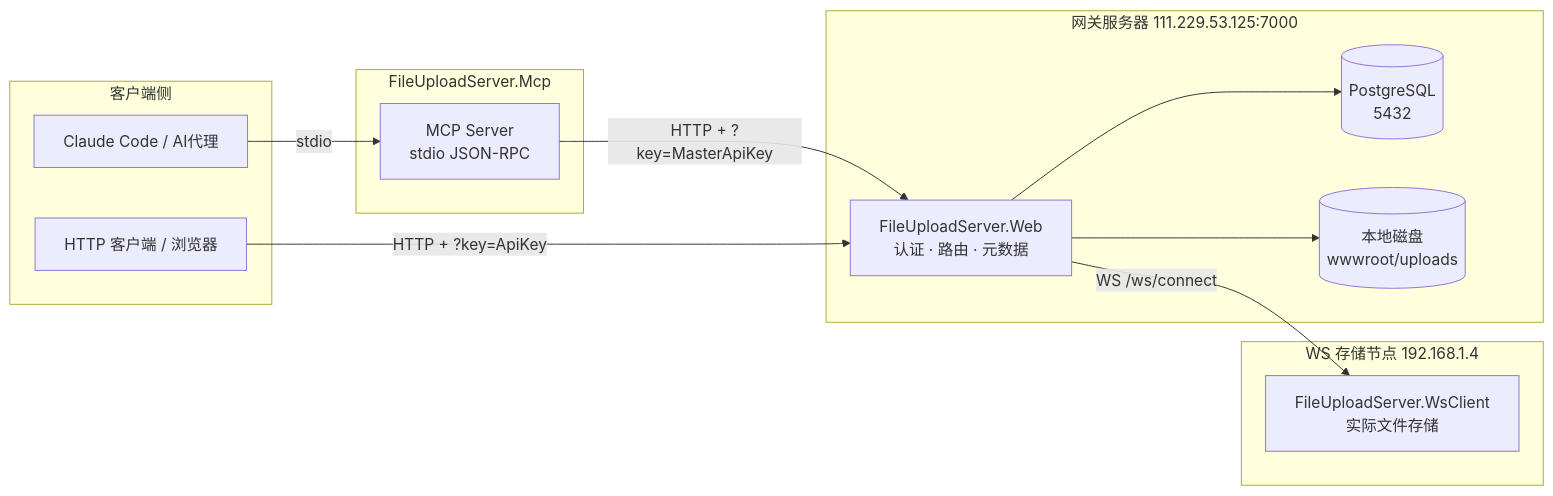
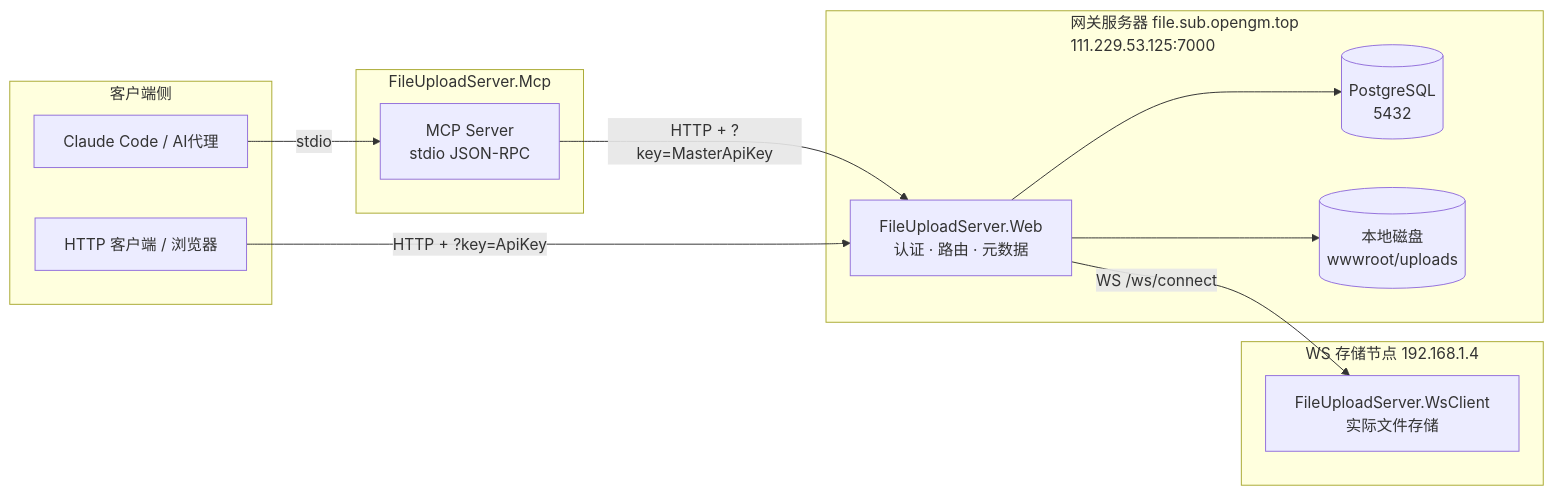
One commit to 3319952332/FileUploadServer changed the first of 2 diagrams in doc/01-architecture.md. Above: the diagram before and after it, drawn with Mermaid. The commit also changed 2 other files, not shown here.

Commit message:
docs: 网关 HTTPS 入口 file.sub.opengm.top 上线 + URL 全面更新
- doc/11-deployment: 新增 5.3 HTTPS 证书部署（resetnginx.sh + server 块）、8.7 证书管理命令
- doc/08-mcp / doc/11-deployment: FILE_SERVER_BASE_URL 改为 https://file.sub.opengm.top
- doc/01-architecture: 网关标签补充 HTTPS 域名
- 服务器 4 张证书更新（ai/web/www 续期 + file 新增），有效期至 2026-10-31

````diff
--- a/doc/01-architecture.md
+++ b/doc/01-architecture.md
@@ -22,28 +22,28 @@
 ```mermaid
 graph LR
     subgraph Client[客户端侧]
         AI[Claude Code / AI代理]
         HTTP[HTTP 客户端 / 浏览器]
     end
 
     subgraph Mcp[FileUploadServer.Mcp]
         MCPSrv[MCP Server<br/>stdio JSON-RPC]
     end
 
-    subgraph Gateway[网关服务器 111.229.53.125:7000]
+    subgraph Gateway[网关服务器 file.sub.opengm.top<br/>111.229.53.125:7000]
         WEB[FileUploadServer.Web<br/>认证 · 路由 · 元数据]
         PG[(PostgreSQL<br/>5432)]
         LOCAL[(本地磁盘<br/>wwwroot/uploads)]
     end
 
     subgraph Node[WS 存储节点 192.168.1.4]
         WSC[FileUploadServer.WsClient<br/>实际文件存储]
     end
 
     AI -->|stdio| MCPSrv
     MCPSrv -->|HTTP + ?key=MasterApiKey| WEB
     HTTP -->|HTTP + ?key=ApiKey| WEB
     WEB -->|WS /ws/connect| WSC
     WEB --> PG
     WEB --> LOCAL
 ```
````
